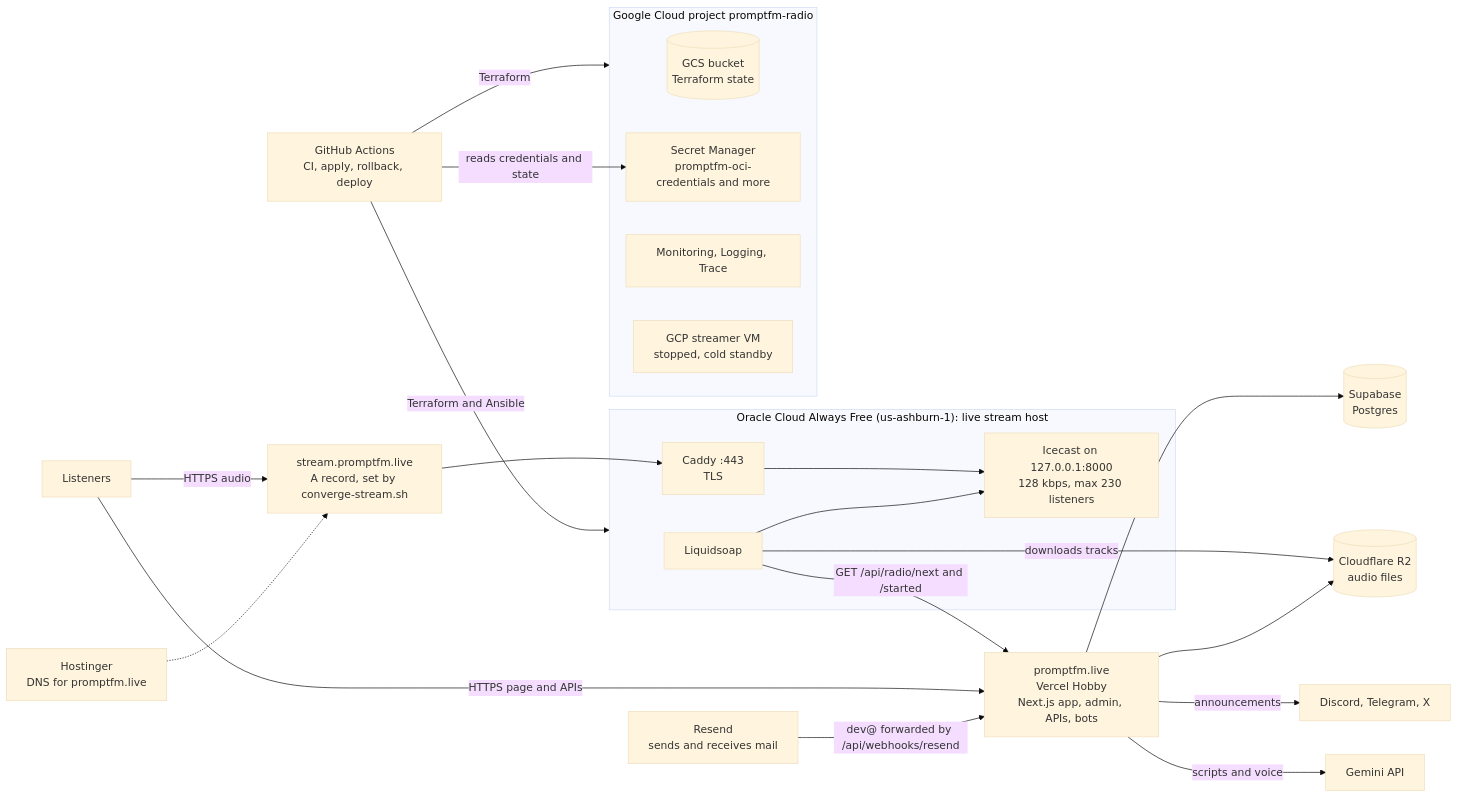
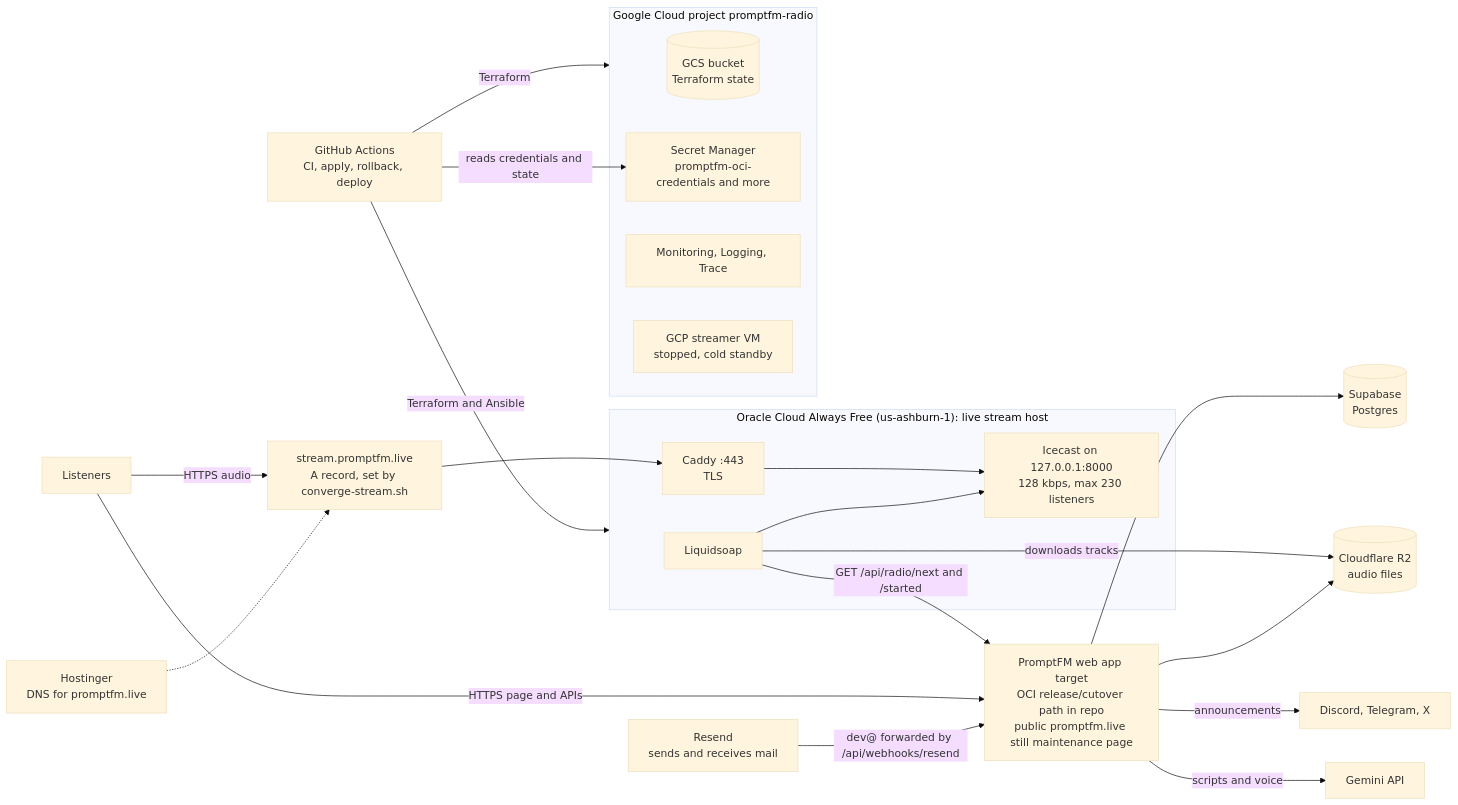
One commit to PromptFM/promptfm changed the first of 2 diagrams in docs/infra-overview.md. Above: the diagram before and after it, drawn with Mermaid (base theme). The commit also changed other lines of this file and 5 other files, not shown here.

Commit message:
docs: align OCI web deploy docs for issue 193

````diff
--- a/docs/infra-overview.md
+++ b/docs/infra-overview.md
@@ -12,31 +14,31 @@
 ```mermaid
 flowchart LR
-  L["Listeners"] -->|"HTTPS page and APIs"| V["promptfm.live<br/>Vercel Hobby<br/>Next.js app, admin, APIs, bots"]
+  L["Listeners"] -->|"HTTPS page and APIs"| V["PromptFM web app target<br/>OCI release/cutover path in repo<br/>public promptfm.live still maintenance page"]
   L -->|"HTTPS audio"| S["stream.promptfm.live<br/>A record, set by converge-stream.sh"]
 
   subgraph O["Oracle Cloud Always Free (us-ashburn-1): live stream host"]
     C["Caddy :443<br/>TLS"] --> I["Icecast on 127.0.0.1:8000<br/>128 kbps, max 230 listeners"]
     Q["Liquidsoap"] --> I
   end
   S --> C
   Q -->|"GET /api/radio/next and /started"| V
   Q -->|"downloads tracks"| R[("Cloudflare R2<br/>audio files")]
 
   V --> DB[("Supabase<br/>Postgres")]
   V --> R
   V -->|"announcements"| CH["Discord, Telegram, X"]
   V -->|"scripts and voice"| G["Gemini API"]
 
   subgraph GC["Google Cloud project promptfm-radio"]
     ST[("GCS bucket<br/>Terraform state")]
     SM["Secret Manager<br/>promptfm-oci-credentials and more"]
     MO["Monitoring, Logging, Trace"]
     VM["GCP streamer VM<br/>stopped, cold standby"]
   end
 
   GH["GitHub Actions<br/>CI, apply, rollback, deploy"] -->|"Terraform and Ansible"| O
   GH -->|"Terraform"| GC
   GH -->|"reads credentials and state"| SM
   HO["Hostinger<br/>DNS for promptfm.live"] -.-> S
   RS["Resend<br/>sends and receives mail"] -->|"dev@ forwarded by /api/webhooks/resend"| V
 ```
````
